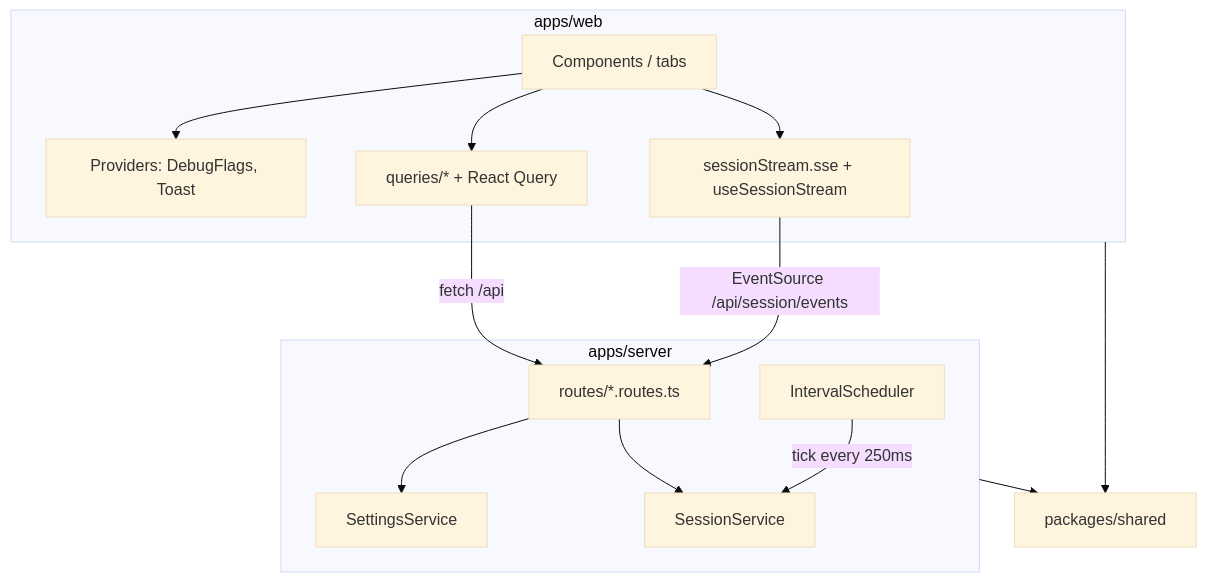
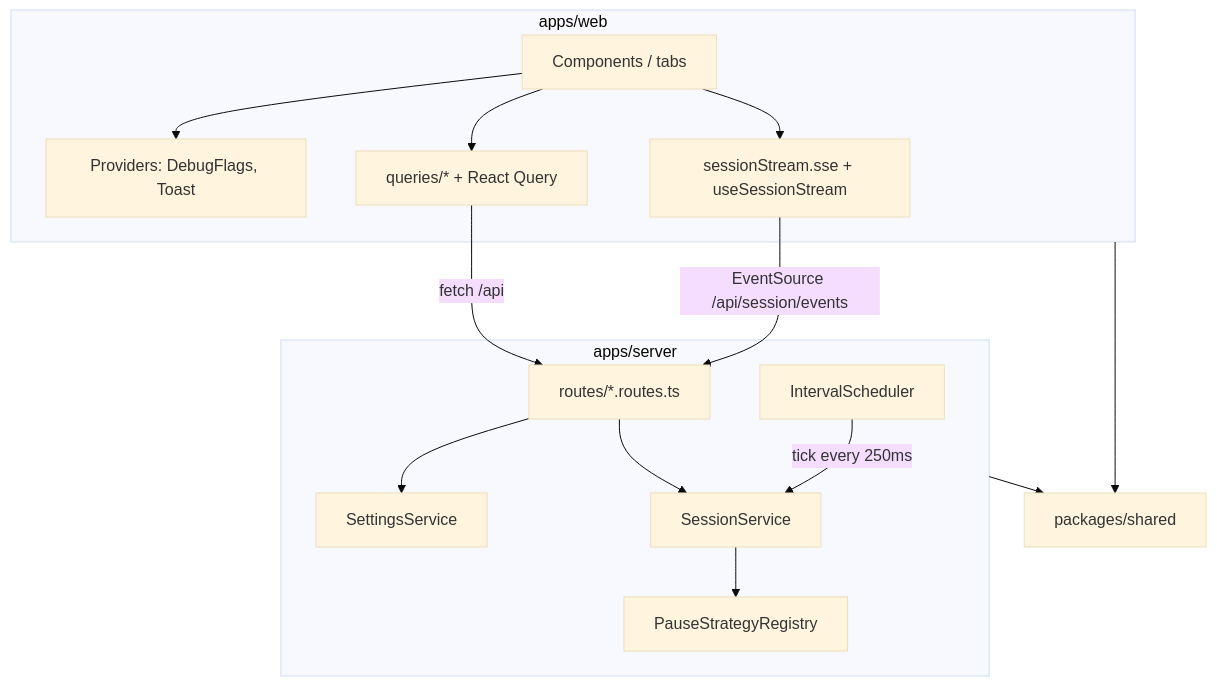
Before and after one commit to DKLokeswaran/flexi-pomodoro: the first of 2 diagrams in docs/architecture.md, drawn with Mermaid (base theme). The commit also changed other lines of this file and 26 other files, not shown here.

First line of the commit message:
Extract soft pause into a WorkPauseStrategy plugin with strategy-agnostic pause and resume APIs.

````diff
--- a/docs/architecture.md
+++ b/docs/architecture.md
@@ -19,28 +19,30 @@
 ```mermaid
 flowchart TB
   subgraph web ["apps/web"]
     UI["Components / tabs"]
     Prov["Providers: DebugFlags, Toast"]
     Q["queries/* + React Query"]
     SSE["sessionStream.sse + useSessionStream"]
     UI --> Prov
     UI --> Q
     UI --> SSE
   end
 
   subgraph server ["apps/server"]
     Routes["routes/*.routes.ts"]
     SettSvc["SettingsService"]
     SessSvc["SessionService"]
+    Pause["PauseStrategyRegistry"]
     Sched["IntervalScheduler"]
     Routes --> SettSvc
     Routes --> SessSvc
+    SessSvc --> Pause
     Sched -->|"tick every 250ms"| SessSvc
   end
 
   Shared["packages/shared"]
   web --> Shared
   server --> Shared
   Q -->|"fetch /api"| Routes
   SSE -->|"EventSource /api/session/events"| Routes
 ```
````
